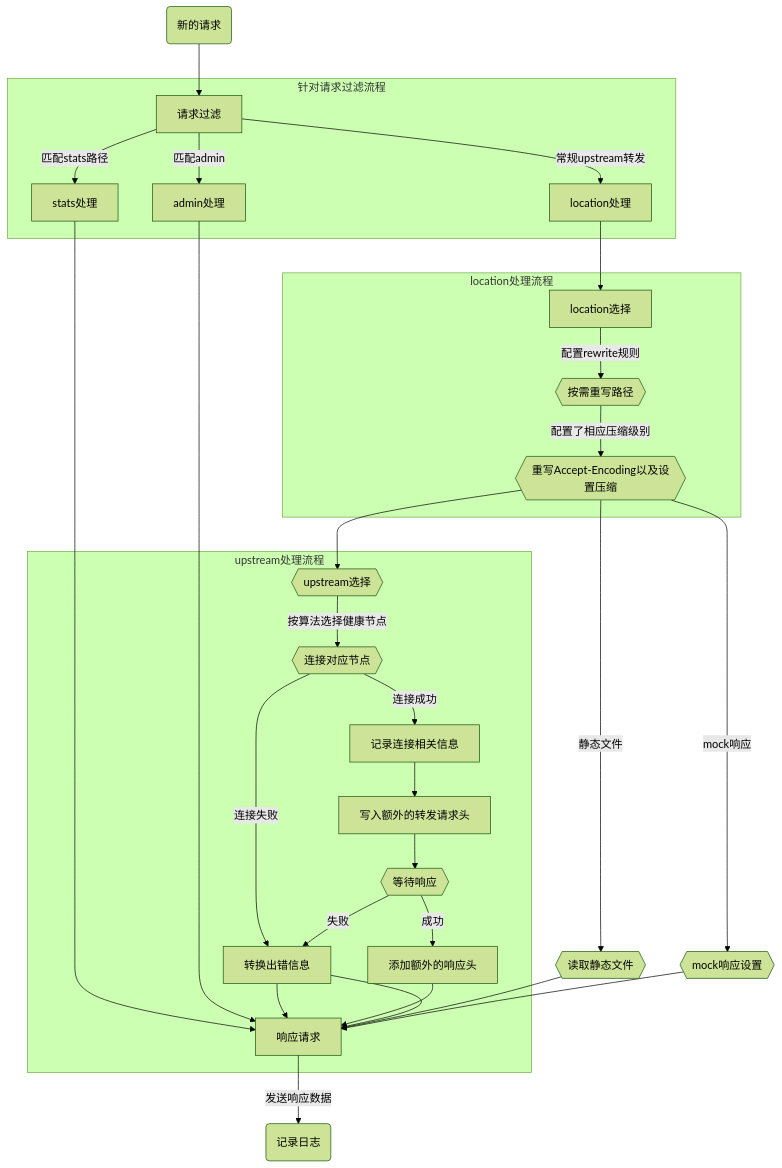
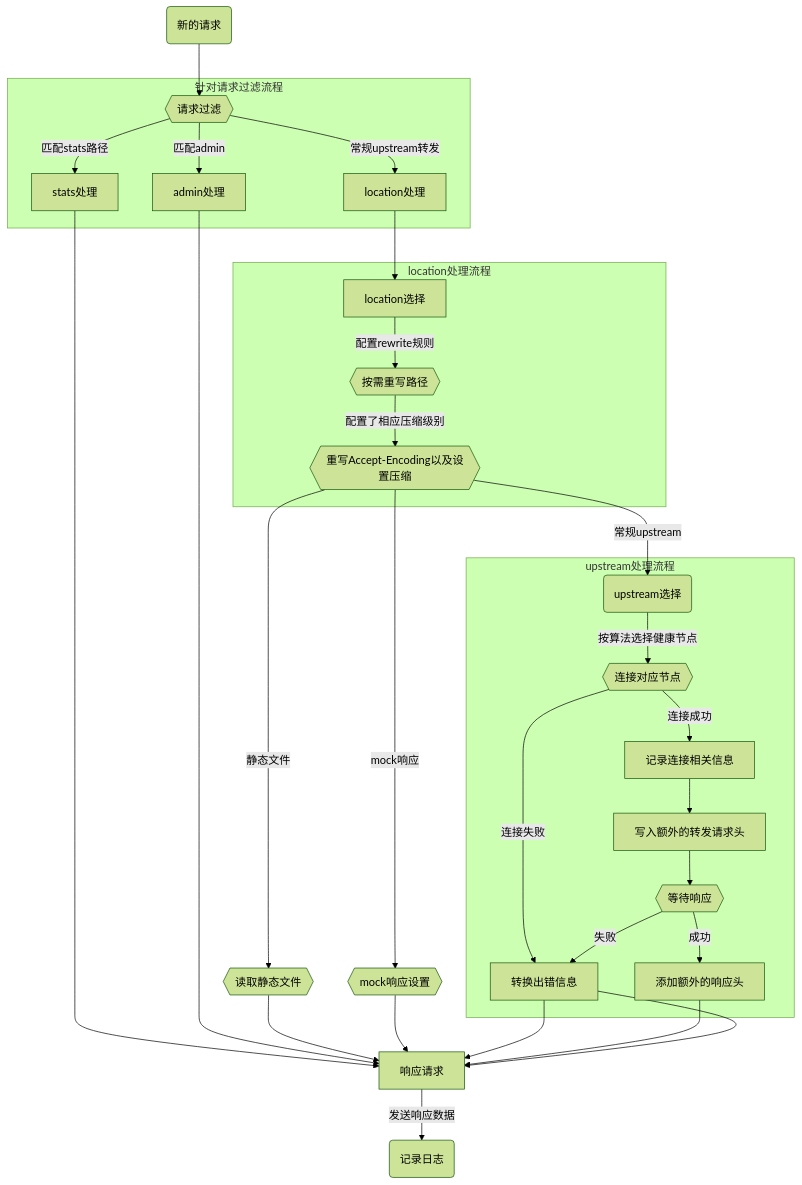
Before and after one commit to vicanso/pingap: the diagram in docs/phase_chart_zh.md, drawn with Mermaid (forest theme).

Commit message:
docs: update document

````diff
--- a/docs/phase_chart_zh.md
+++ b/docs/phase_chart_zh.md
@@ -5,32 +5,35 @@
 ```mermaid
 flowchart TB
-    start("新的请求")-->请求过滤;
+    start("新的请求")-->requestFilter{{请求过滤}};
     subgraph 针对请求过滤流程
-    请求过滤--匹配stats路径-->stats处理
-    请求过滤--匹配admin-->admin处理
-    请求过滤--常规upstream转发-->location处理
+    requestFilter--匹配stats路径-->stats处理
+    requestFilter--匹配admin-->admin处理
+    requestFilter--常规upstream转发-->location处理
     end
 
     stats处理-->响应请求
     admin处理-->响应请求
     location处理-->location选择
     subgraph location处理流程
     location选择--配置rewrite规则-->rewritePath{{按需重写路径}}
     rewritePath--配置了相应压缩级别-->modifyAcceptEncoding{{重写Accept-Encoding以及设置压缩}}
     end
     modifyAcceptEncoding--静态文件-->staticService{{读取静态文件}}
     modifyAcceptEncoding--mock响应-->mockService{{mock响应设置}}
-    modifyAcceptEncoding-->upstreamSelect{{upstream选择}}
+    modifyAcceptEncoding--常规upstream-->upstreamSelect("upstream选择")
 
     subgraph upstream处理流程
     upstreamSelect--按算法选择健康节点-->connectUpstream{{连接对应节点}}
-    connectUpstream--连接失败-->转换出错信息-->响应请求;
-    connectUpstream--连接成功-->记录连接相关信息-->写入额外的转发请求头-->upstreamResponse{{等待响应}};
-    upstreamResponse--成功-->添加额外的响应头-->响应请求;
-    upstreamResponse--失败-->转换出错信息-->响应请求;
+    connectUpstream--连接失败-->转换出错信息
+    connectUpstream--连接成功-->记录连接相关信息-->写入额外的转发请求头-->upstreamResponse{{等待响应}}
+    upstreamResponse--成功-->添加额外的响应头
+    upstreamResponse--失败-->转换出错信息
     end
 
     staticService-->响应请求
     mockService-->响应请求
-    响应请求--发送响应数据-->stop("记录日志");
+    转换出错信息-->响应请求
+    添加额外的响应头-->响应请求
+    转换出错信息-->响应请求
+    响应请求--发送响应数据-->stop("记录日志")
 ```
````
